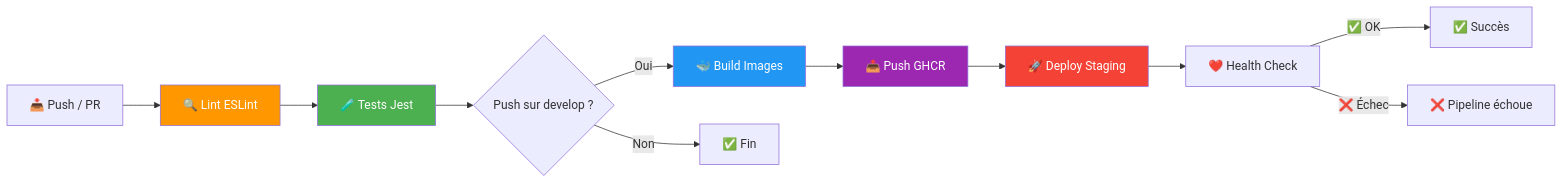
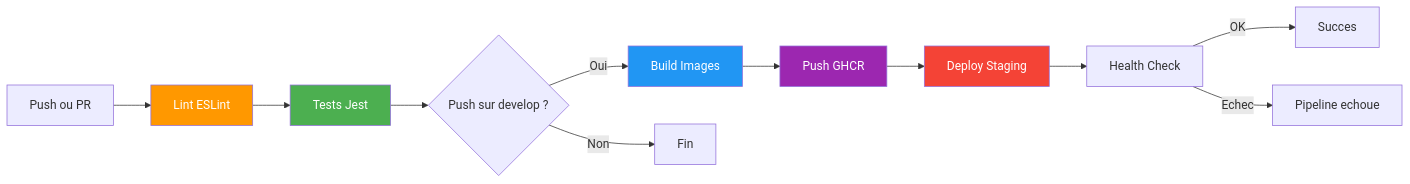
The second of 2 diagrams in README.md (HamzaMrs/Vitalsync), drawn with Mermaid before and after one commit. The commit also changed other lines of this file, not shown here.

````diff
--- a/README.md
+++ b/README.md
@@ -135,19 +135,19 @@
 ```mermaid
 graph LR
-    A[📥 Push / PR] --> B[🔍 Lint ESLint]
-    B --> C[🧪 Tests Jest]
+    A[Push ou PR] --> B[Lint ESLint]
+    B --> C[Tests Jest]
     C --> D{Push sur develop ?}
-    D -->|Oui| E[🐳 Build Images]
-    D -->|Non| F[✅ Fin]
-    E --> G[📤 Push GHCR]
-    G --> H[🚀 Deploy Staging]
-    H --> I[❤️ Health Check]
-    I -->|✅ OK| J[✅ Succès]
-    I -->|❌ Échec| K[❌ Pipeline échoue]
+    D -->|Oui| E[Build Images]
+    D -->|Non| F[Fin]
+    E --> G[Push GHCR]
+    G --> H[Deploy Staging]
+    H --> I[Health Check]
+    I -->|OK| J[Succes]
+    I -->|Echec| K[Pipeline echoue]
 
     style B fill:#FF9800,color:white
     style C fill:#4CAF50,color:white
     style E fill:#2196F3,color:white
     style G fill:#9C27B0,color:white
     style H fill:#F44336,color:white
 ```
````
